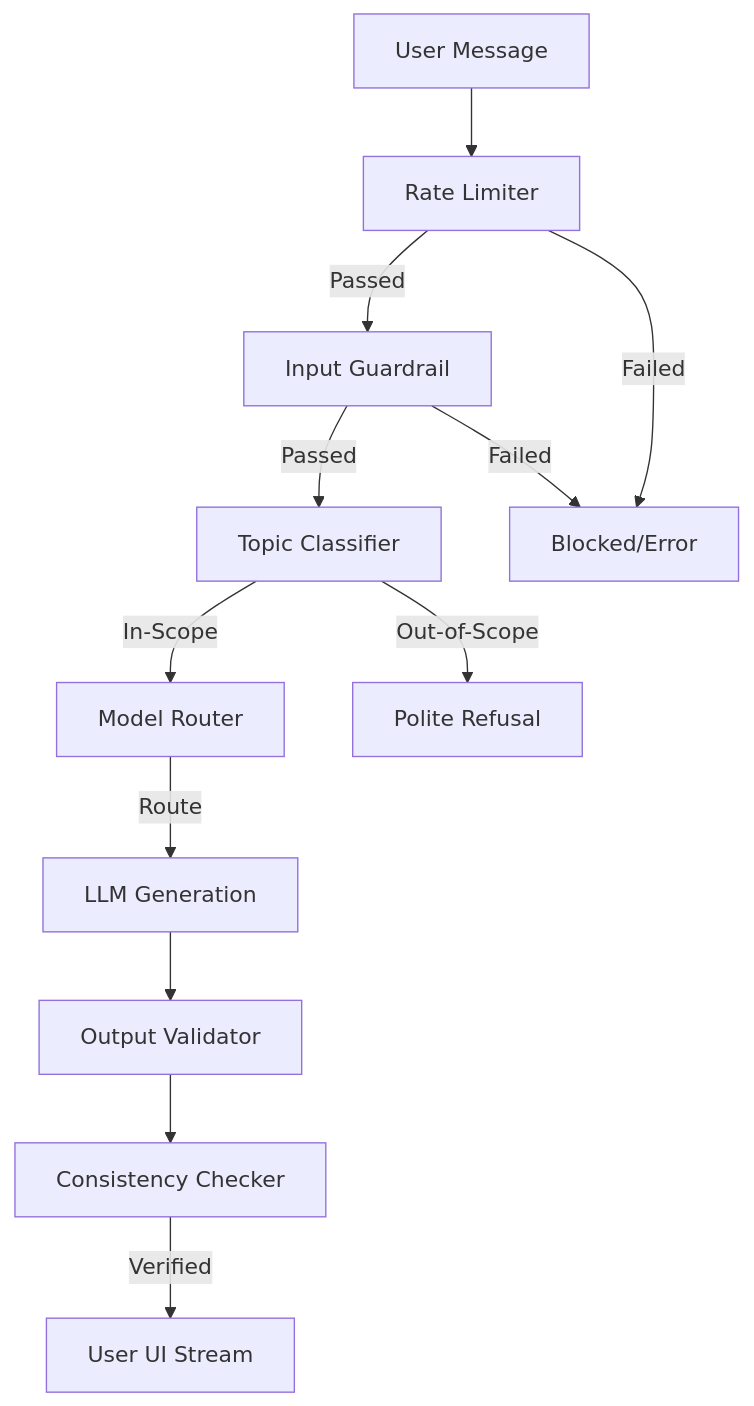
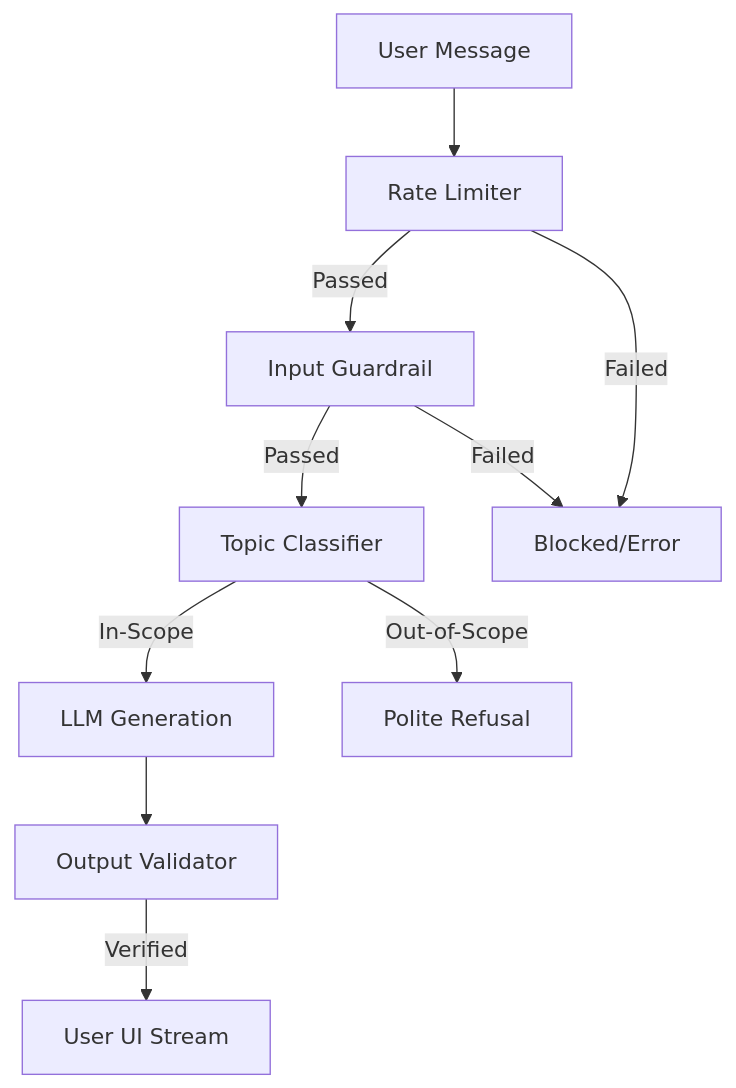
The diagram in README.md (shadabali1627/Sonic-AI), drawn with Mermaid before and after one commit. The commit also changed other lines of this file and 5 other files, not shown here.

````diff
--- a/README.md
+++ b/README.md
@@ -45,15 +44,13 @@
 ```mermaid
 graph TD
     A[User Message] --> B[Rate Limiter]
     B -->|Passed| C[Input Guardrail]
     C -->|Passed| D[Topic Classifier]
-    D -->|In-Scope| E[Model Router]
-    E -->|Route| F[LLM Generation]
-    F --> G[Output Validator]
-    G --> H[Consistency Checker]
-    H -->|Verified| I[User UI Stream]
+    D -->|In-Scope| E[LLM Generation]
+    E --> F[Output Validator]
+    F -->|Verified| G[User UI Stream]
     
-    B -->|Failed| J[Blocked/Error]
-    C -->|Failed| J
-    D -->|Out-of-Scope| K[Polite Refusal]
+    B -->|Failed| H[Blocked/Error]
+    C -->|Failed| H
+    D -->|Out-of-Scope| I[Polite Refusal]
 ```
````
